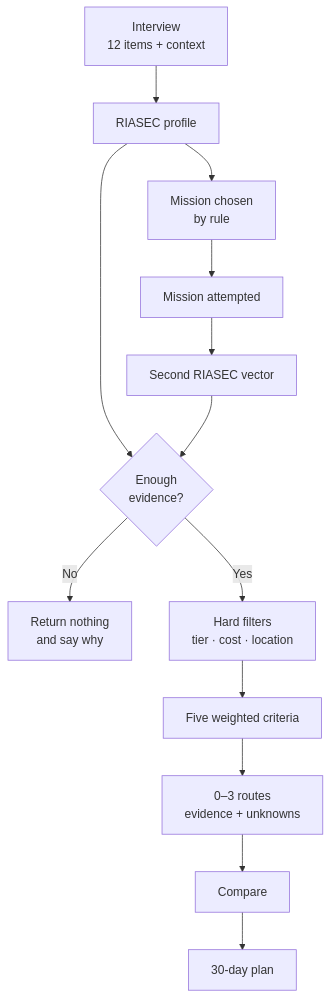
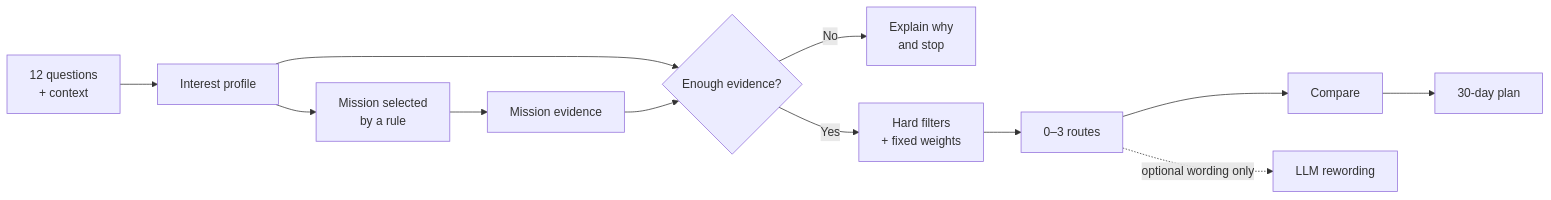
One commit to winxtxrgit/futureme-ai changed the diagram in READMEEN.md. Above: the diagram before and after it, drawn with Mermaid. The commit also changed other lines of this file and 41 other files, not shown here.

````diff
--- a/READMEEN.md
+++ b/READMEEN.md
@@ -175,15 +125,14 @@
 ```mermaid
-flowchart TD
-    A["Interview<br/>12 items + context"] --> B["RIASEC profile"]
-    B --> C["Mission chosen<br/>by rule"]
-    C --> D["Mission attempted"]
-    D --> E["Second RIASEC vector"]
-    B --> F{"Enough<br/>evidence?"}
-    E --> F
-    F -->|No| G["Return nothing<br/>and say why"]
-    F -->|Yes| H["Hard filters<br/>tier · cost · location"]
-    H --> I["Five weighted criteria"]
-    I --> J["0–3 routes<br/>evidence + unknowns"]
-    J --> K["Compare"]
-    K --> L["30-day plan"]
+flowchart LR
+    A["12 questions<br/>+ context"] --> B["Interest profile"]
+    B --> C["Mission selected<br/>by a rule"]
+    C --> D["Mission evidence"]
+    B --> E{"Enough evidence?"}
+    D --> E
+    E -->|"No"| F["Explain why<br/>and stop"]
+    E -->|"Yes"| G["Hard filters<br/>+ fixed weights"]
+    G --> H["0–3 routes"]
+    H --> I["Compare"]
+    I --> J["30-day plan"]
+    H -.->|"optional wording only"| K["LLM rewording"]
 ```
````
